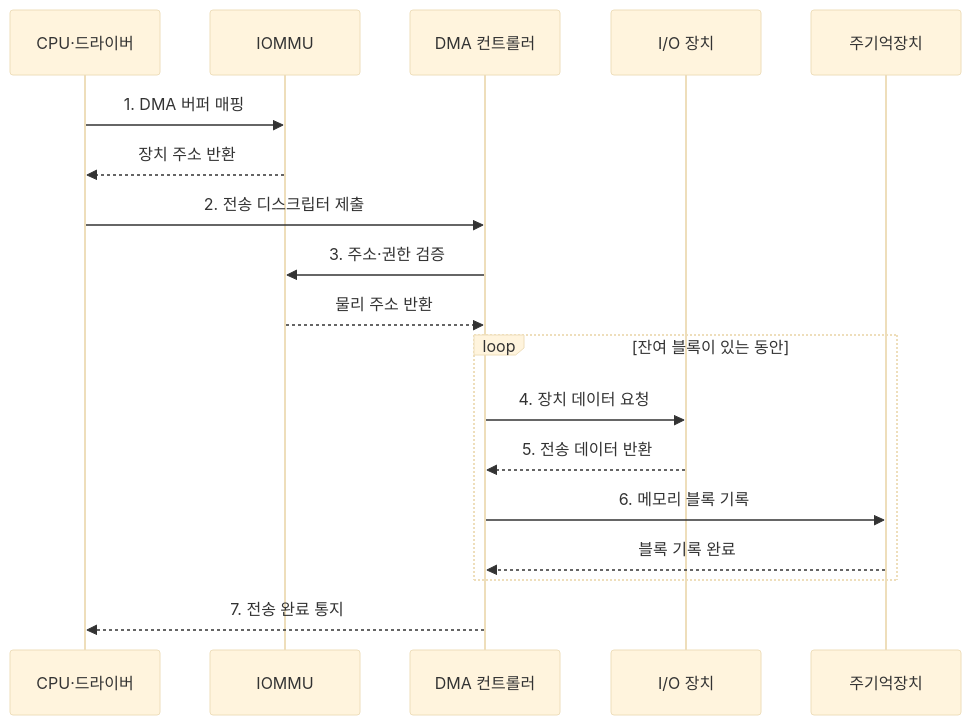
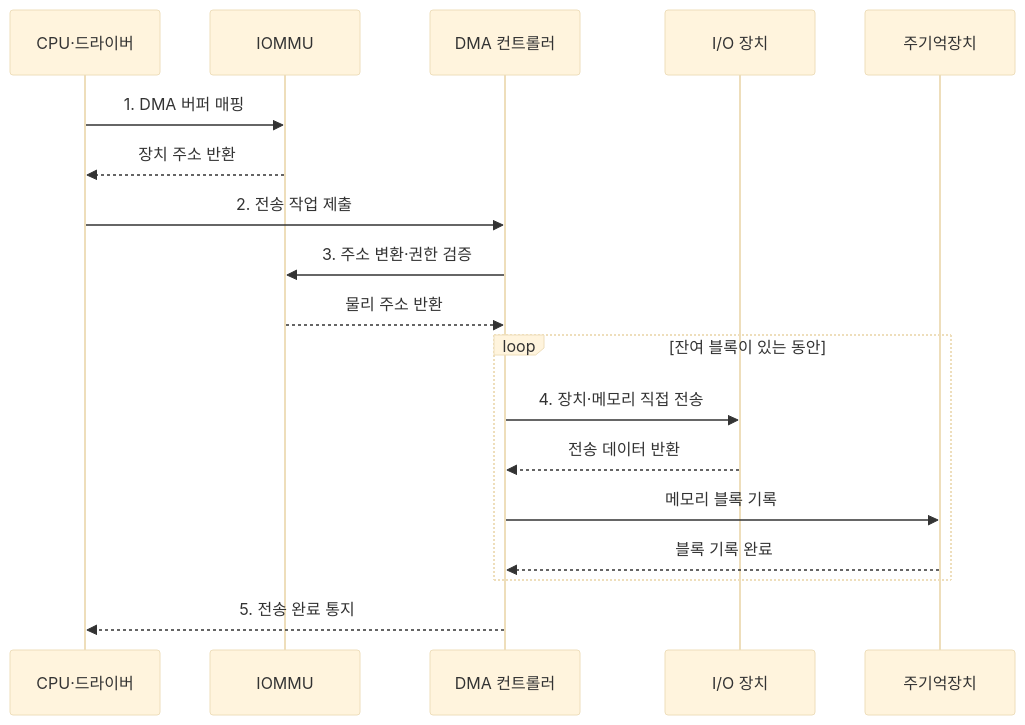
Before and after one commit to agnusdei1207/knowledge-base: the second of 2 diagrams in src/content/docs/notes/02-hardware/035_dma.md, drawn with Mermaid (base theme). The commit also changed other lines of this file and 86 other files, not shown here.

````diff
--- a/src/content/docs/notes/02-hardware/035_dma.md
+++ b/src/content/docs/notes/02-hardware/035_dma.md
@@ -85,20 +85,20 @@
 ```mermaid
 sequenceDiagram
     participant C as CPU·드라이버
     participant U as IOMMU
     participant D as DMA 컨트롤러
     participant I as I/O 장치
     participant M as 주기억장치
     C->>U: 1. DMA 버퍼 매핑
     U-->>C: 장치 주소 반환
-    C->>D: 2. 전송 디스크립터 제출
-    D->>U: 3. 주소·권한 검증
+    C->>D: 2. 전송 작업 제출
+    D->>U: 3. 주소 변환·권한 검증
     U-->>D: 물리 주소 반환
     loop 잔여 블록이 있는 동안
-        D->>I: 4. 장치 데이터 요청
-        I-->>D: 5. 전송 데이터 반환
-        D->>M: 6. 메모리 블록 기록
+        D->>I: 4. 장치·메모리 직접 전송
+        I-->>D: 전송 데이터 반환
+        D->>M: 메모리 블록 기록
         M-->>D: 블록 기록 완료
     end
-    D-->>C: 7. 전송 완료 통지
+    D-->>C: 5. 전송 완료 통지
 ```
````
